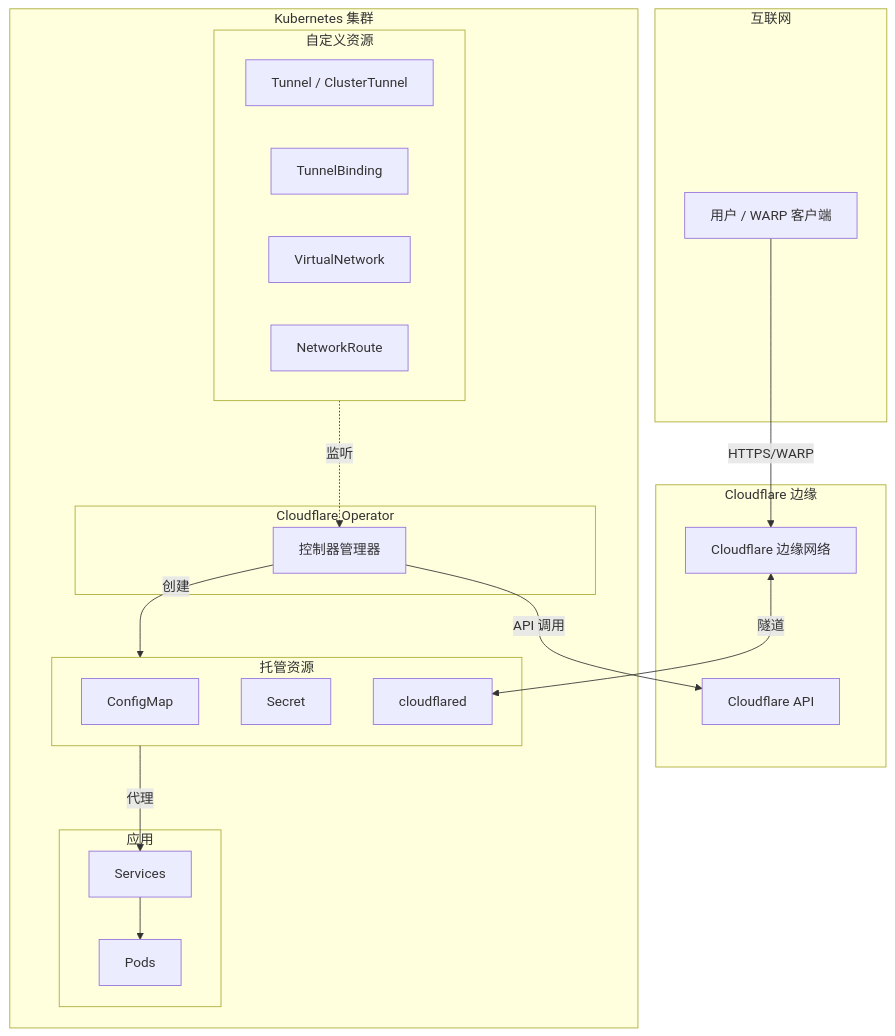
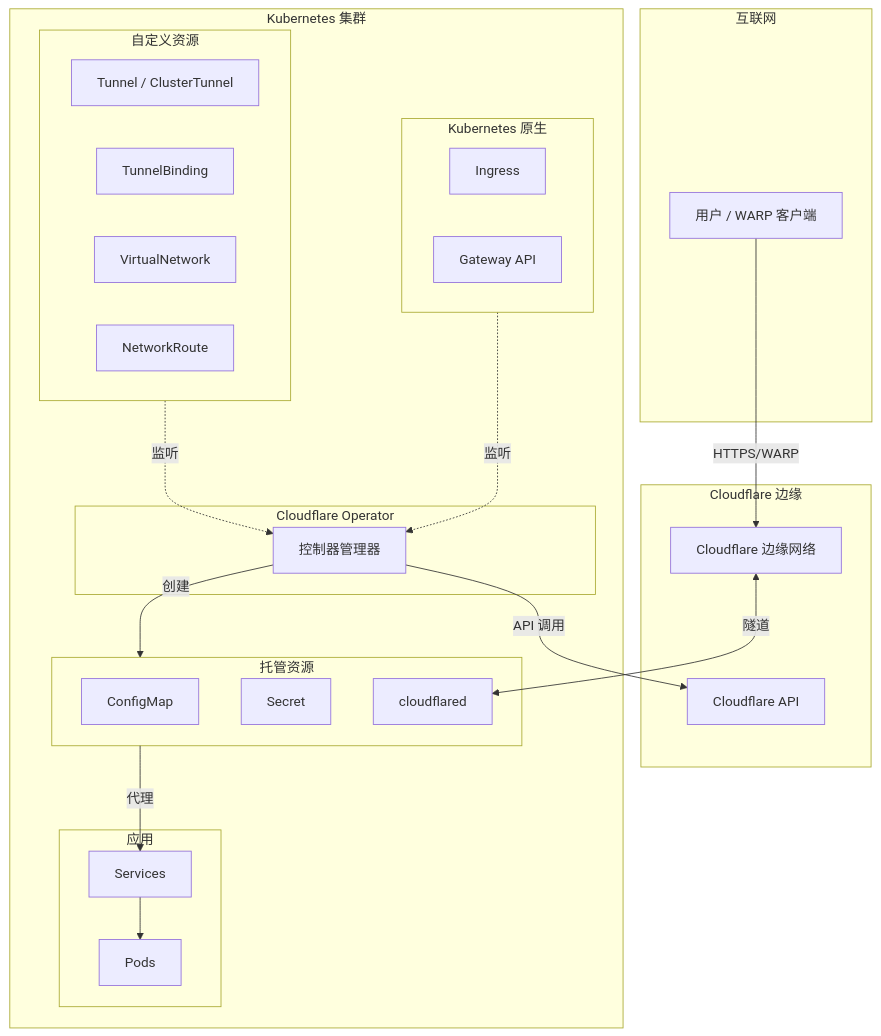
The diagram in README_zh.md (StringKe/cloudflare-operator), drawn with Mermaid before and after one commit. The commit also changed other lines of this file and 2 other files, not shown here.

````diff
--- a/README_zh.md
+++ b/README_zh.md
@@ -60,43 +61,49 @@
 ```mermaid
 flowchart TB
     subgraph Internet["互联网"]
         Users["用户 / WARP 客户端"]
     end
 
     subgraph Cloudflare["Cloudflare 边缘"]
         Edge["Cloudflare 边缘网络"]
         API["Cloudflare API"]
     end
 
     subgraph K8s["Kubernetes 集群"]
         subgraph CRDs["自定义资源"]
             Tunnel["Tunnel / ClusterTunnel"]
             TB["TunnelBinding"]
             VNet["VirtualNetwork"]
             Route["NetworkRoute"]
         end
 
+        subgraph K8sNative["Kubernetes 原生"]
+            Ingress["Ingress"]
+            Gateway["Gateway API"]
+        end
+
         subgraph Operator["Cloudflare Operator"]
             Controller["控制器管理器"]
         end
 
         subgraph Managed["托管资源"]
             ConfigMap["ConfigMap"]
             Secret["Secret"]
             Deployment["cloudflared"]
         end
 
         subgraph App["应用"]
             Service["Services"]
             Pod["Pods"]
         end
     end
 
     CRDs -.->|监听| Controller
+    K8sNative -.->|监听| Controller
     Controller -->|创建| Managed
     Controller -->|API 调用| API
     Managed -->|代理| Service
     Service --> Pod
     Users -->|HTTPS/WARP| Edge
     Edge <-->|隧道| Deployment
 ```
````
